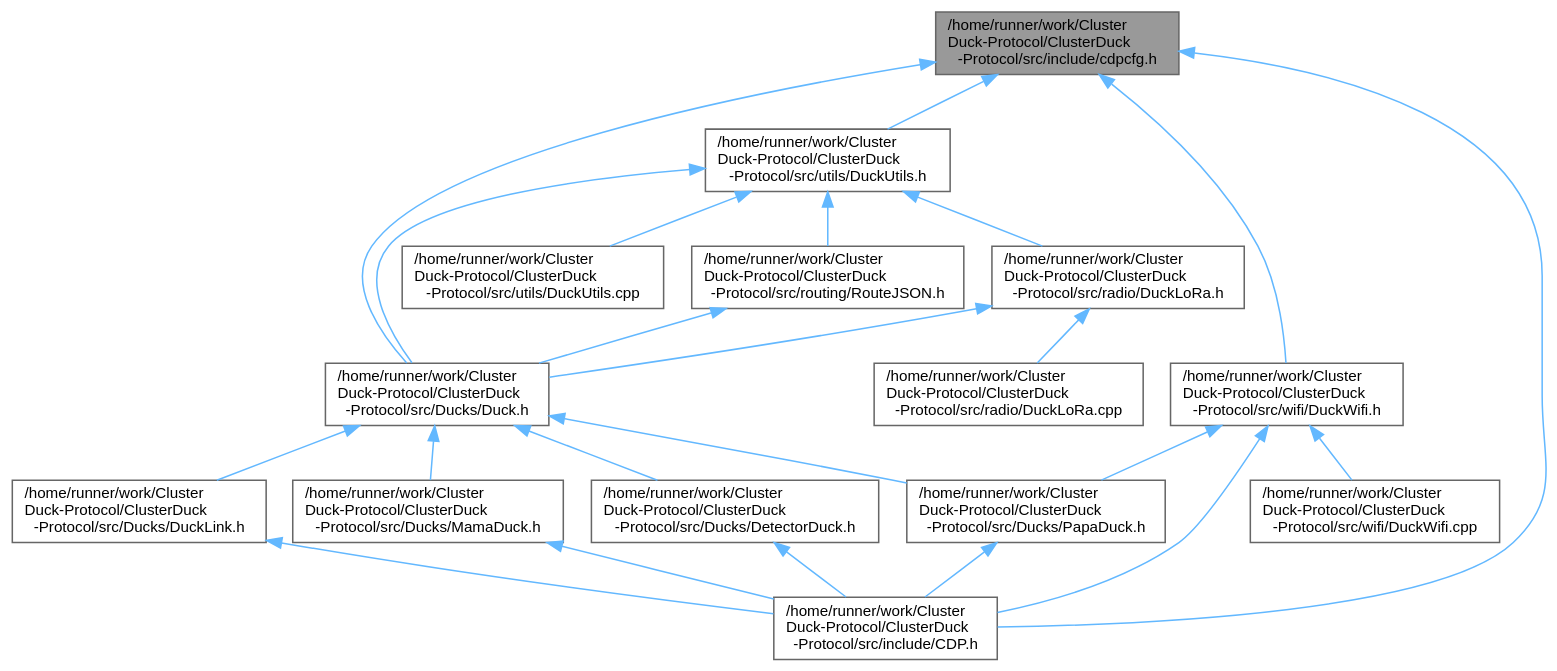
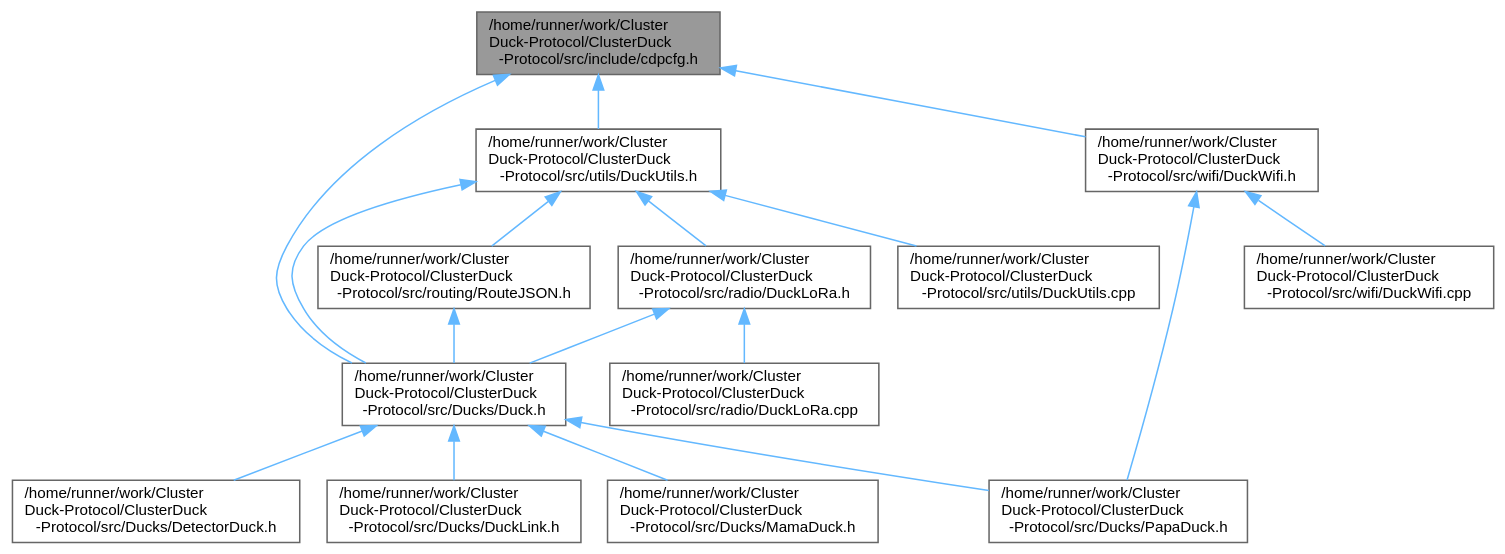
Before and after one commit to ClusterDuck-Protocol/ClusterDuck-Protocol: the diagram in cdpcfg_8h__dep__incl.dot, drawn with Graphviz. The commit also changed 49 other files, not shown here.

```diff
--- a/cdpcfg_8h__dep__incl.dot
+++ b/cdpcfg_8h__dep__incl.dot
@@ -1,43 +1,36 @@
 digraph "/home/runner/work/ClusterDuck-Protocol/ClusterDuck-Protocol/src/include/cdpcfg.h"
 {
  // LATEX_PDF_SIZE
   bgcolor="transparent";
   edge [fontname=Helvetica,fontsize=10,labelfontname=Helvetica,labelfontsize=10];
   node [fontname=Helvetica,fontsize=10,shape=box,height=0.2,width=0.4];
   Node1 [id="Node000001",label="/home/runner/work/Cluster\lDuck-Protocol/ClusterDuck\l-Protocol/src/include/cdpcfg.h",height=0.2,width=0.4,color="gray40", fillcolor="grey60", style="filled", fontcolor="black",tooltip="CDP central compile-time configuration file."];
   Node1 -> Node2 [id="edge1_Node000001_Node000002",dir="back",color="steelblue1",style="solid",tooltip=" "];
   Node2 [id="Node000002",label="/home/runner/work/Cluster\lDuck-Protocol/ClusterDuck\l-Protocol/src/Ducks/Duck.h",height=0.2,width=0.4,color="grey40", fillcolor="white", style="filled",URL="$_duck_8h.html",tooltip=" "];
   Node2 -> Node3 [id="edge2_Node000002_Node000003",dir="back",color="steelblue1",style="solid",tooltip=" "];
   Node3 [id="Node000003",label="/home/runner/work/Cluster\lDuck-Protocol/ClusterDuck\l-Protocol/src/Ducks/DetectorDuck.h",height=0.2,width=0.4,color="grey40", fillcolor="white", style="filled",URL="$_detector_duck_8h.html",tooltip=" "];
-  Node3 -> Node4 [id="edge3_Node000003_Node000004",dir="back",color="steelblue1",style="solid",tooltip=" "];
-  Node4 [id="Node000004",label="/home/runner/work/Cluster\lDuck-Protocol/ClusterDuck\l-Protocol/src/include/CDP.h",height=0.2,width=0.4,color="grey40", fillcolor="white", style="filled",URL="$_c_d_p_8h.html",tooltip="CDP public header."];
+  Node2 -> Node4 [id="edge3_Node000002_Node000004",dir="back",color="steelblue1",style="solid",tooltip=" "];
+  Node4 [id="Node000004",label="/home/runner/work/Cluster\lDuck-Protocol/ClusterDuck\l-Protocol/src/Ducks/DuckLink.h",height=0.2,width=0.4,color="grey40", fillcolor="white", style="filled",URL="$_duck_link_8h.html",tooltip=" "];
   Node2 -> Node5 [id="edge4_Node000002_Node000005",dir="back",color="steelblue1",style="solid",tooltip=" "];
-  Node5 [id="Node000005",label="/home/runner/work/Cluster\lDuck-Protocol/ClusterDuck\l-Protocol/src/Ducks/DuckLink.h",height=0.2,width=0.4,color="grey40", fillcolor="white", style="filled",URL="$_duck_link_8h.html",tooltip=" "];
-  Node5 -> Node4 [id="edge5_Node000005_Node000004",dir="back",color="steelblue1",style="solid",tooltip=" "];
-  Node2 -> Node6 [id="edge6_Node000002_Node000006",dir="back",color="steelblue1",style="solid",tooltip=" "];
-  Node6 [id="Node000006",label="/home/runner/work/Cluster\lDuck-Protocol/ClusterDuck\l-Protocol/src/Ducks/MamaDuck.h",height=0.2,width=0.4,color="grey40", fillcolor="white", style="filled",URL="$_mama_duck_8h.html",tooltip=" "];
-  Node6 -> Node4 [id="edge7_Node000006_Node000004",dir="back",color="steelblue1",style="solid",tooltip=" "];
-  Node2 -> Node7 [id="edge8_Node000002_Node000007",dir="back",color="steelblue1",style="solid",tooltip=" "];
-  Node7 [id="Node000007",label="/home/runner/work/Cluster\lDuck-Protocol/ClusterDuck\l-Protocol/src/Ducks/PapaDuck.h",height=0.2,width=0.4,color="grey40", fillcolor="white", style="filled",URL="$_papa_duck_8h.html",tooltip=" "];
-  Node7 -> Node4 [id="edge9_Node000007_Node000004",dir="back",color="steelblue1",style="solid",tooltip=" "];
-  Node1 -> Node4 [id="edge10_Node000001_Node000004",dir="back",color="steelblue1",style="solid",tooltip=" "];
-  Node1 -> Node8 [id="edge11_Node000001_Node000008",dir="back",color="steelblue1",style="solid",tooltip=" "];
-  Node8 [id="Node000008",label="/home/runner/work/Cluster\lDuck-Protocol/ClusterDuck\l-Protocol/src/utils/DuckUtils.h",height=0.2,width=0.4,color="grey40", fillcolor="white", style="filled",URL="$_duck_utils_8h.html",tooltip="This file is internal to CDP and provides some common utility methods."];
-  Node8 -> Node2 [id="edge12_Node000008_Node000002",dir="back",color="steelblue1",style="solid",tooltip=" "];
-  Node8 -> Node9 [id="edge13_Node000008_Node000009",dir="back",color="steelblue1",style="solid",tooltip=" "];
-  Node9 [id="Node000009",label="/home/runner/work/Cluster\lDuck-Protocol/ClusterDuck\l-Protocol/src/radio/DuckLoRa.h",height=0.2,width=0.4,color="grey40", fillcolor="white", style="filled",URL="$_duck_lo_ra_8h.html",tooltip="This file is internal to CDP and provides direct routing functionality and a routing table."];
-  Node9 -> Node2 [id="edge14_Node000009_Node000002",dir="back",color="steelblue1",style="solid",tooltip=" "];
-  Node9 -> Node10 [id="edge15_Node000009_Node000010",dir="back",color="steelblue1",style="solid",tooltip=" "];
-  Node10 [id="Node000010",label="/home/runner/work/Cluster\lDuck-Protocol/ClusterDuck\l-Protocol/src/radio/DuckLoRa.cpp",height=0.2,width=0.4,color="grey40", fillcolor="white", style="filled",URL="$_duck_lo_ra_8cpp.html",tooltip=" "];
-  Node8 -> Node11 [id="edge16_Node000008_Node000011",dir="back",color="steelblue1",style="solid",tooltip=" "];
-  Node11 [id="Node000011",label="/home/runner/work/Cluster\lDuck-Protocol/ClusterDuck\l-Protocol/src/routing/RouteJSON.h",height=0.2,width=0.4,color="grey40", fillcolor="white", style="filled",URL="$_route_j_s_o_n_8h.html",tooltip="This file is internal to CDP and provides route JSON construction and manipulation."];
-  Node11 -> Node2 [id="edge17_Node000011_Node000002",dir="back",color="steelblue1",style="solid",tooltip=" "];
-  Node8 -> Node12 [id="edge18_Node000008_Node000012",dir="back",color="steelblue1",style="solid",tooltip=" "];
-  Node12 [id="Node000012",label="/home/runner/work/Cluster\lDuck-Protocol/ClusterDuck\l-Protocol/src/utils/DuckUtils.cpp",height=0.2,width=0.4,color="grey40", fillcolor="white", style="filled",URL="$_duck_utils_8cpp.html",tooltip=" "];
-  Node1 -> Node13 [id="edge19_Node000001_Node000013",dir="back",color="steelblue1",style="solid",tooltip=" "];
-  Node13 [id="Node000013",label="/home/runner/work/Cluster\lDuck-Protocol/ClusterDuck\l-Protocol/src/wifi/DuckWifi.h",height=0.2,width=0.4,color="grey40", fillcolor="white", style="filled",URL="$_duck_wifi_8h.html",tooltip=" "];
-  Node13 -> Node7 [id="edge20_Node000013_Node000007",dir="back",color="steelblue1",style="solid",tooltip=" "];
-  Node13 -> Node4 [id="edge21_Node000013_Node000004",dir="back",color="steelblue1",style="solid",tooltip=" "];
-  Node13 -> Node14 [id="edge22_Node000013_Node000014",dir="back",color="steelblue1",style="solid",tooltip=" "];
-  Node14 [id="Node000014",label="/home/runner/work/Cluster\lDuck-Protocol/ClusterDuck\l-Protocol/src/wifi/DuckWifi.cpp",height=0.2,width=0.4,color="grey40", fillcolor="white", style="filled",URL="$_duck_wifi_8cpp.html",tooltip=" "];
+  Node5 [id="Node000005",label="/home/runner/work/Cluster\lDuck-Protocol/ClusterDuck\l-Protocol/src/Ducks/MamaDuck.h",height=0.2,width=0.4,color="grey40", fillcolor="white", style="filled",URL="$_mama_duck_8h.html",tooltip=" "];
+  Node2 -> Node6 [id="edge5_Node000002_Node000006",dir="back",color="steelblue1",style="solid",tooltip=" "];
+  Node6 [id="Node000006",label="/home/runner/work/Cluster\lDuck-Protocol/ClusterDuck\l-Protocol/src/Ducks/PapaDuck.h",height=0.2,width=0.4,color="grey40", fillcolor="white", style="filled",URL="$_papa_duck_8h.html",tooltip=" "];
+  Node1 -> Node7 [id="edge6_Node000001_Node000007",dir="back",color="steelblue1",style="solid",tooltip=" "];
+  Node7 [id="Node000007",label="/home/runner/work/Cluster\lDuck-Protocol/ClusterDuck\l-Protocol/src/utils/DuckUtils.h",height=0.2,width=0.4,color="grey40", fillcolor="white", style="filled",URL="$_duck_utils_8h.html",tooltip="This file is internal to CDP and provides some common utility methods."];
+  Node7 -> Node2 [id="edge7_Node000007_Node000002",dir="back",color="steelblue1",style="solid",tooltip=" "];
+  Node7 -> Node8 [id="edge8_Node000007_Node000008",dir="back",color="steelblue1",style="solid",tooltip=" "];
+  Node8 [id="Node000008",label="/home/runner/work/Cluster\lDuck-Protocol/ClusterDuck\l-Protocol/src/radio/DuckLoRa.h",height=0.2,width=0.4,color="grey40", fillcolor="white", style="filled",URL="$_duck_lo_ra_8h.html",tooltip="This file is internal to CDP and provides direct routing functionality and a routing table."];
+  Node8 -> Node2 [id="edge9_Node000008_Node000002",dir="back",color="steelblue1",style="solid",tooltip=" "];
+  Node8 -> Node9 [id="edge10_Node000008_Node000009",dir="back",color="steelblue1",style="solid",tooltip=" "];
+  Node9 [id="Node000009",label="/home/runner/work/Cluster\lDuck-Protocol/ClusterDuck\l-Protocol/src/radio/DuckLoRa.cpp",height=0.2,width=0.4,color="grey40", fillcolor="white", style="filled",URL="$_duck_lo_ra_8cpp.html",tooltip=" "];
+  Node7 -> Node10 [id="edge11_Node000007_Node000010",dir="back",color="steelblue1",style="solid",tooltip=" "];
+  Node10 [id="Node000010",label="/home/runner/work/Cluster\lDuck-Protocol/ClusterDuck\l-Protocol/src/routing/RouteJSON.h",height=0.2,width=0.4,color="grey40", fillcolor="white", style="filled",URL="$_route_j_s_o_n_8h.html",tooltip="This file is internal to CDP and provides route JSON construction and manipulation."];
+  Node10 -> Node2 [id="edge12_Node000010_Node000002",dir="back",color="steelblue1",style="solid",tooltip=" "];
+  Node7 -> Node11 [id="edge13_Node000007_Node000011",dir="back",color="steelblue1",style="solid",tooltip=" "];
+  Node11 [id="Node000011",label="/home/runner/work/Cluster\lDuck-Protocol/ClusterDuck\l-Protocol/src/utils/DuckUtils.cpp",height=0.2,width=0.4,color="grey40", fillcolor="white", style="filled",URL="$_duck_utils_8cpp.html",tooltip=" "];
+  Node1 -> Node12 [id="edge14_Node000001_Node000012",dir="back",color="steelblue1",style="solid",tooltip=" "];
+  Node12 [id="Node000012",label="/home/runner/work/Cluster\lDuck-Protocol/ClusterDuck\l-Protocol/src/wifi/DuckWifi.h",height=0.2,width=0.4,color="grey40", fillcolor="white", style="filled",URL="$_duck_wifi_8h.html",tooltip=" "];
+  Node12 -> Node6 [id="edge15_Node000012_Node000006",dir="back",color="steelblue1",style="solid",tooltip=" "];
+  Node12 -> Node13 [id="edge16_Node000012_Node000013",dir="back",color="steelblue1",style="solid",tooltip=" "];
+  Node13 [id="Node000013",label="/home/runner/work/Cluster\lDuck-Protocol/ClusterDuck\l-Protocol/src/wifi/DuckWifi.cpp",height=0.2,width=0.4,color="grey40", fillcolor="white", style="filled",URL="$_duck_wifi_8cpp.html",tooltip=" "];
 }
```
